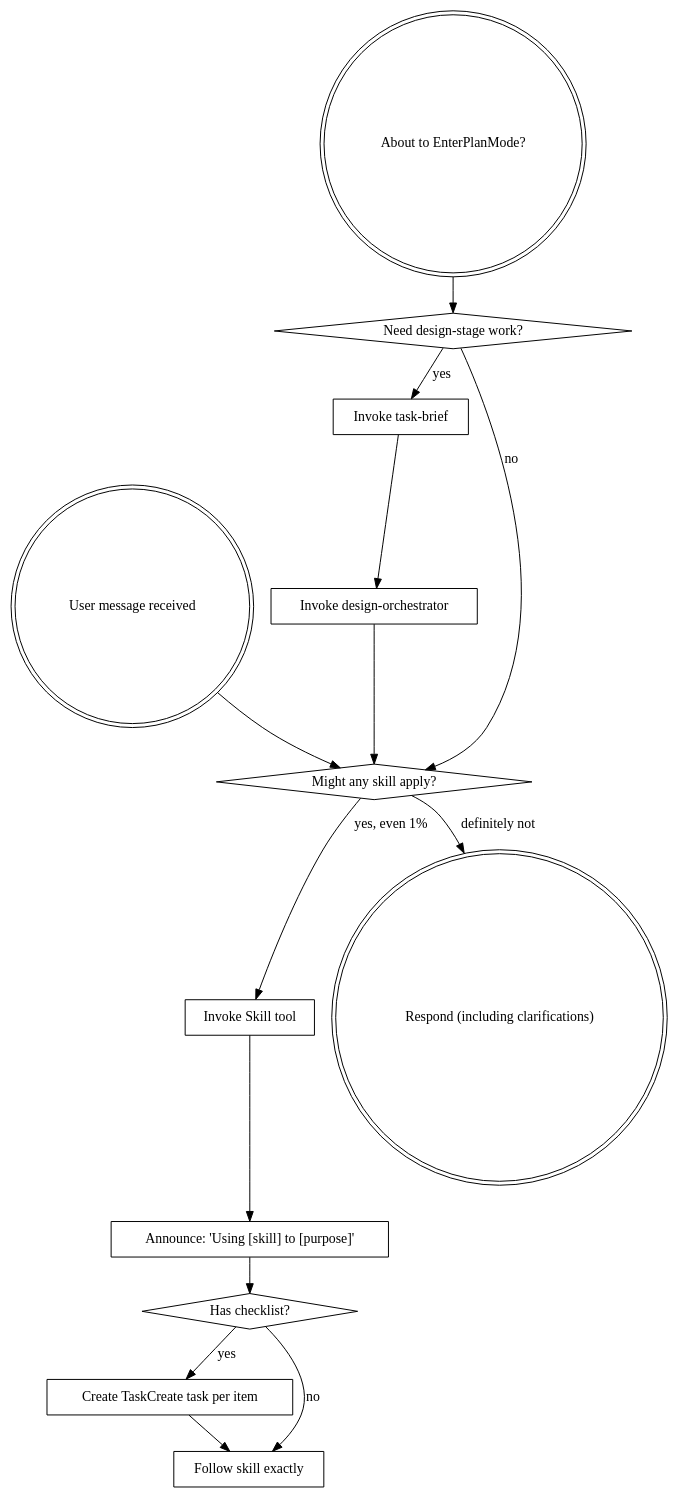
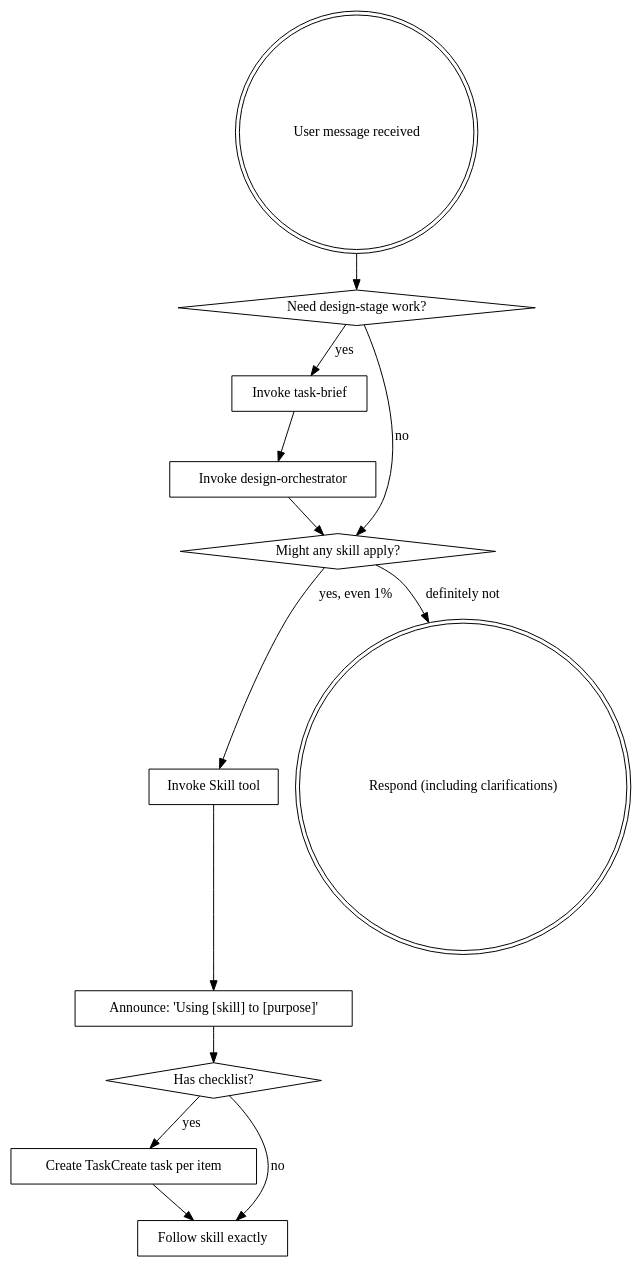
One commit to freeacger/loom changed the diagram in docs/skills/workflow.md. Above: the diagram before and after it, drawn with Graphviz. The commit also changed 10 other files, not shown here.

````diff
--- a/docs/skills/workflow.md
+++ b/docs/skills/workflow.md
@@ -5,31 +5,28 @@
 ```dot
 digraph skill_flow {
     "User message received" [shape=doublecircle];
-    "About to EnterPlanMode?" [shape=doublecircle];
     "Need design-stage work?" [shape=diamond];
     "Invoke task-brief" [shape=box];
     "Invoke design-orchestrator" [shape=box];
     "Might any skill apply?" [shape=diamond];
     "Invoke Skill tool" [shape=box];
     "Announce: 'Using [skill] to [purpose]'" [shape=box];
     "Has checklist?" [shape=diamond];
     "Create TaskCreate task per item" [shape=box];
     "Follow skill exactly" [shape=box];
     "Respond (including clarifications)" [shape=doublecircle];
 
-    "About to EnterPlanMode?" -> "Need design-stage work?";
+    "User message received" -> "Need design-stage work?";
     "Need design-stage work?" -> "Invoke task-brief" [label="yes"];
     "Invoke task-brief" -> "Invoke design-orchestrator";
     "Invoke design-orchestrator" -> "Might any skill apply?";
     "Need design-stage work?" -> "Might any skill apply?" [label="no"];
-
-    "User message received" -> "Might any skill apply?";
     "Might any skill apply?" -> "Invoke Skill tool" [label="yes, even 1%"];
     "Might any skill apply?" -> "Respond (including clarifications)" [label="definitely not"];
     "Invoke Skill tool" -> "Announce: 'Using [skill] to [purpose]'";
     "Announce: 'Using [skill] to [purpose]'" -> "Has checklist?";
     "Has checklist?" -> "Create TaskCreate task per item" [label="yes"];
     "Has checklist?" -> "Follow skill exactly" [label="no"];
     "Create TaskCreate task per item" -> "Follow skill exactly";
 }
 ```
````
